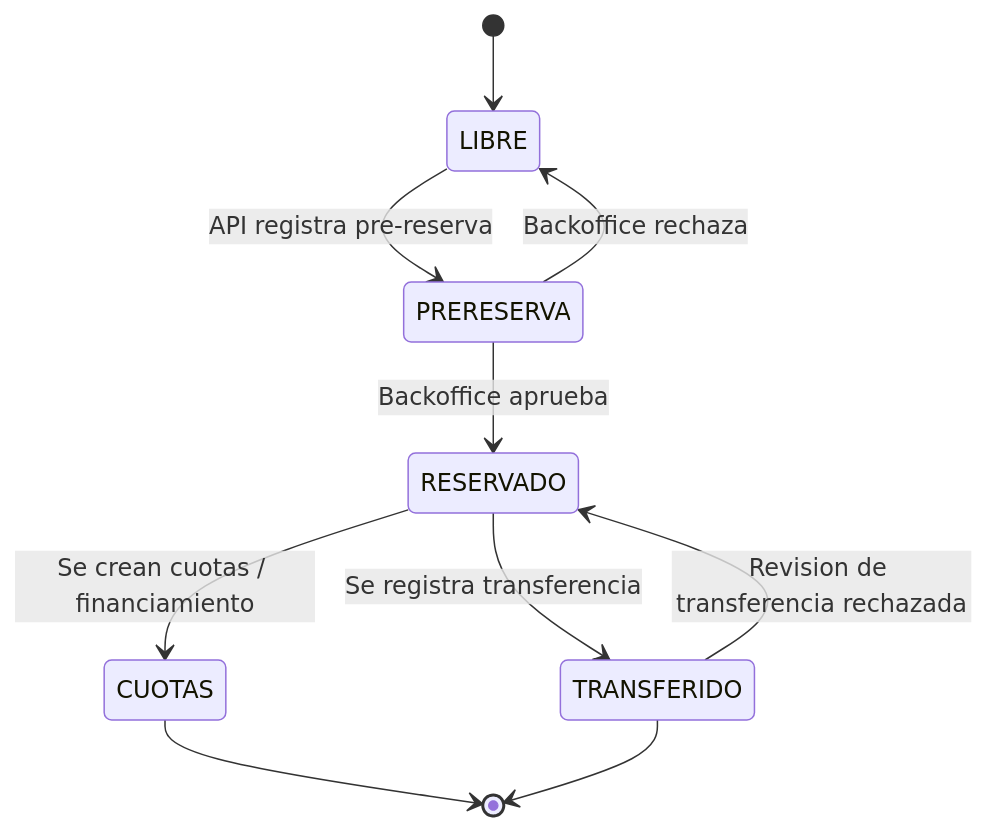
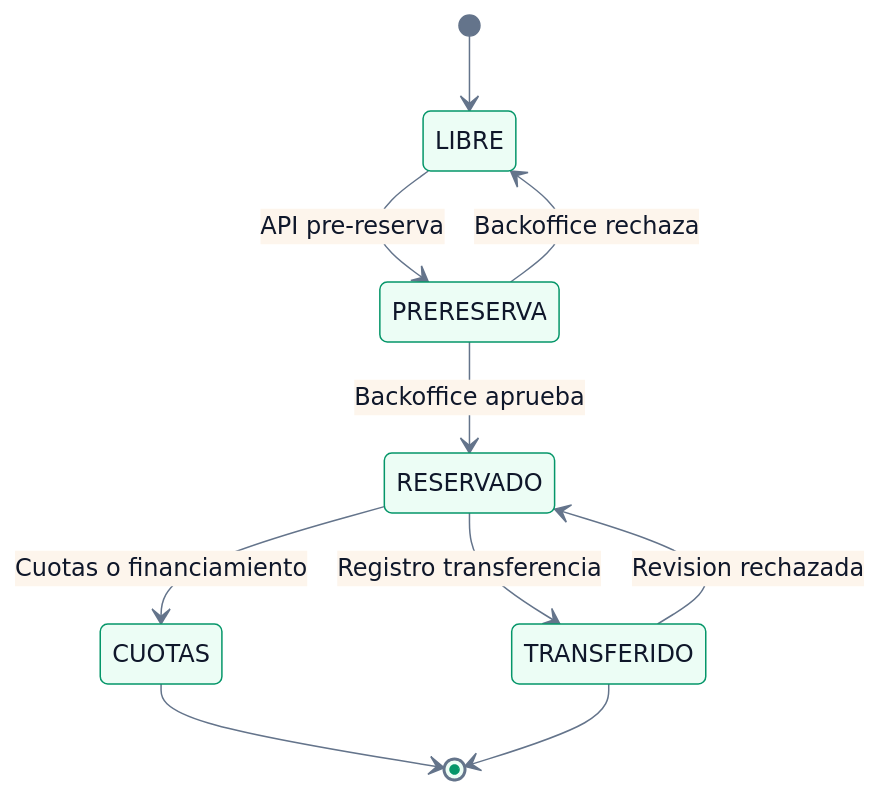
The sixth of 20 diagrams in docs/GRAFICO_PROCESOS_SISTEMA.md (abitae/crm_lotes), drawn with Mermaid before and after one commit. The commit also changed other lines of this file and 54 other files, not shown here.

````diff
--- a/docs/GRAFICO_PROCESOS_SISTEMA.md
+++ b/docs/GRAFICO_PROCESOS_SISTEMA.md
@@ -159,12 +185,13 @@
 ```mermaid
+%%{init: {'theme':'base', 'themeVariables': {'primaryColor':'#ecfdf5','primaryTextColor':'#0f172a','primaryBorderColor':'#059669','lineColor':'#64748b'}}}%%
 stateDiagram-v2
     [*] --> LIBRE
-    LIBRE --> PRERESERVA: API registra pre-reserva
+    LIBRE --> PRERESERVA: API pre-reserva
     PRERESERVA --> LIBRE: Backoffice rechaza
     PRERESERVA --> RESERVADO: Backoffice aprueba
-    RESERVADO --> TRANSFERIDO: Se registra transferencia
-    RESERVADO --> CUOTAS: Se crean cuotas / financiamiento
-    TRANSFERIDO --> RESERVADO: Revision de transferencia rechazada
+    RESERVADO --> TRANSFERIDO: Registro transferencia
+    RESERVADO --> CUOTAS: Cuotas o financiamiento
+    TRANSFERIDO --> RESERVADO: Revision rechazada
     CUOTAS --> [*]
     TRANSFERIDO --> [*]
 ```
````
